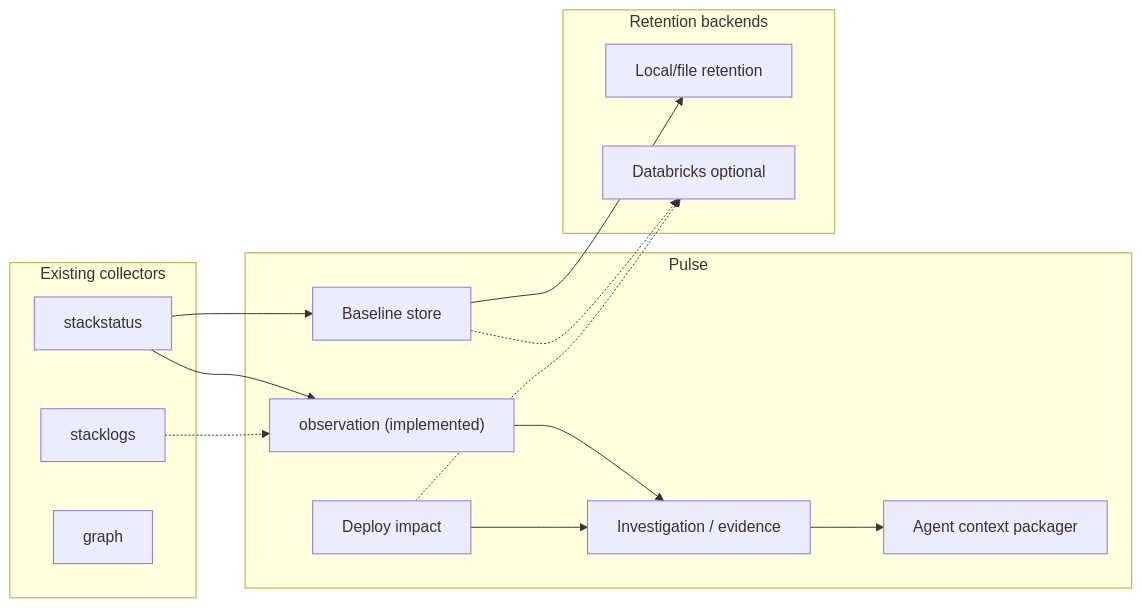
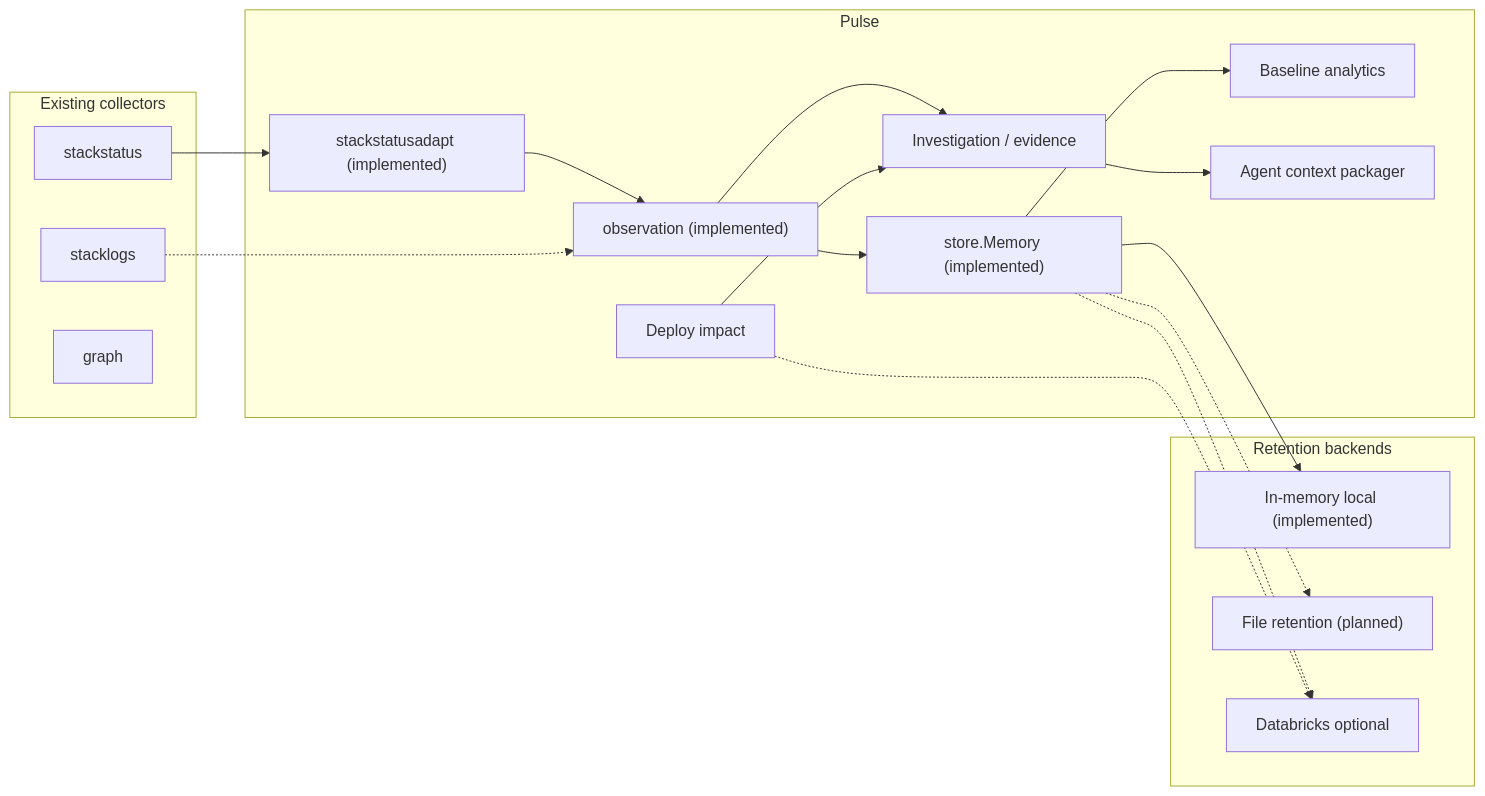
One commit to sharathb5/perch-pulse changed the second of 2 diagrams in docs/ARCHITECTURE.md. Above: the diagram before and after it, drawn with Mermaid. The commit also changed other lines of this file and 3 other files, not shown here.

First line of the commit message:
feat(pulse): add local in-memory observation history store

````diff
--- a/docs/ARCHITECTURE.md
+++ b/docs/ARCHITECTURE.md
@@ -94,31 +95,35 @@
 ```mermaid
 flowchart LR
   subgraph existing["Existing collectors"]
     SS["stackstatus"]
     SL["stacklogs"]
     G["graph"]
   end
 
   subgraph pulse["Pulse"]
     OBS["observation (implemented)"]
+    ADAPT["stackstatusadapt (implemented)"]
+    HIST["store.Memory (implemented)"]
     INV["Investigation / evidence"]
-    BASE["Baseline store"]
+    BASE["Baseline analytics"]
     DEP["Deploy impact"]
     AGENT["Agent context packager"]
   end
 
   subgraph backends["Retention backends"]
-    LOCAL["Local/file retention"]
+    MEM["In-memory local (implemented)"]
+    FILE["File retention (planned)"]
     DBX["Databricks optional"]
   end
 
-  SS --> OBS
+  SS --> ADAPT --> OBS --> HIST
   SL -.-> OBS
+  HIST --> MEM
+  HIST -.-> FILE
+  HIST -.-> DBX
   OBS --> INV
-  SS --> BASE
+  HIST --> BASE
   DEP --> INV
   INV --> AGENT
-  BASE --> LOCAL
-  BASE -.-> DBX
   DEP -.-> DBX
 ```
````
